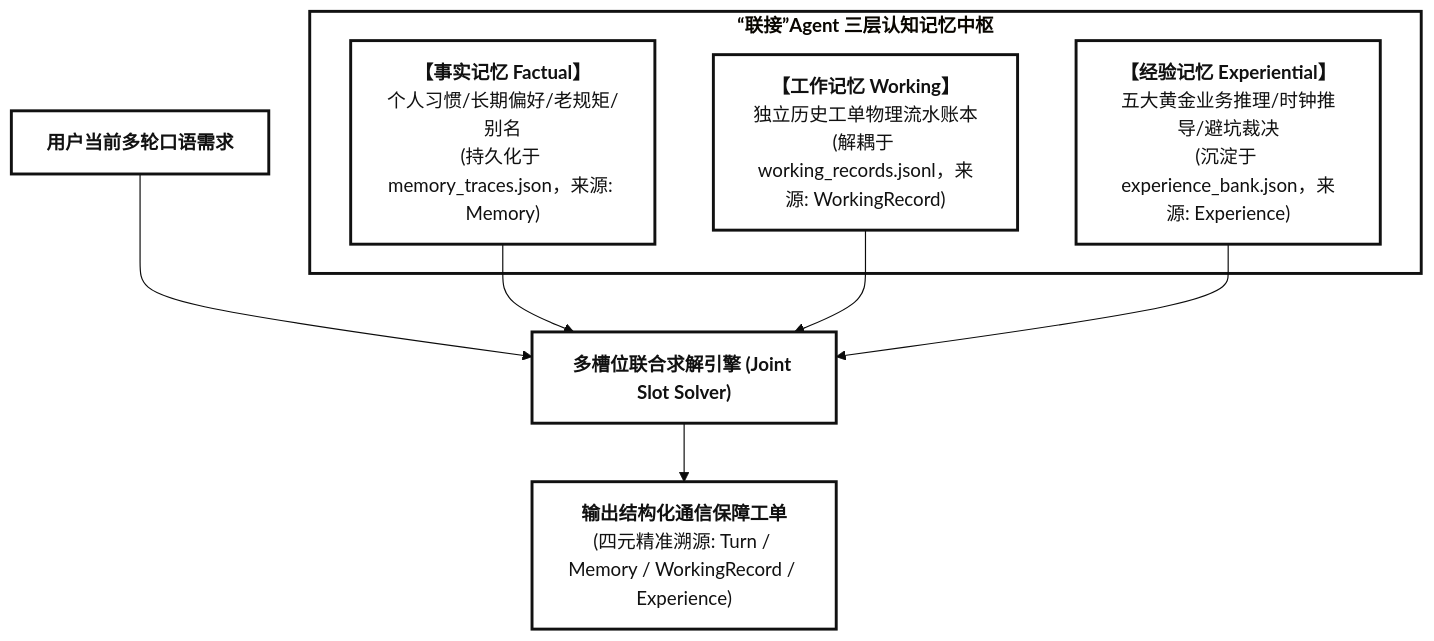
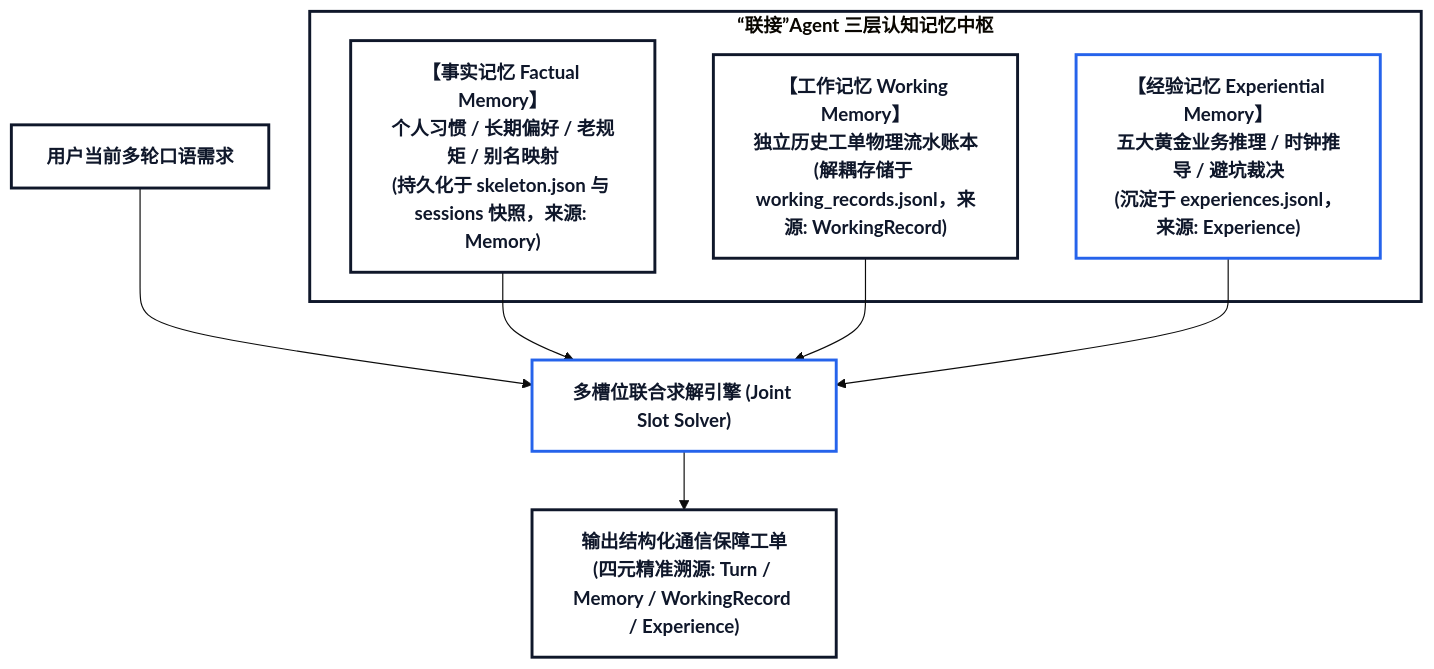
Before and after one commit to wangbanjin1/cross_data_gen: the first of 7 diagrams in docs/specs/cognitive_memory_dev_spec.md, drawn with Mermaid (base theme). The commit also changed other lines of this file and 17 other files, not shown here.

Commit message:
docs: reorganize 4-layer doc architecture, convert ASCII to Mermaid, and upgrade HTML visual renderer

````diff
--- a/docs/specs/cognitive_memory_dev_spec.md
+++ b/docs/specs/cognitive_memory_dev_spec.md
@@ -44,20 +46,21 @@
 ```mermaid
 graph TD
-    classDef default fill:#FFFFFF,stroke:#111111,stroke-width:2.5px,color:#111111;
+    classDef default fill:#FFFFFF,stroke:#0F172A,stroke-width:2.5px,color:#0F172A,font-weight:bold;
+    classDef highlight fill:#FFFFFF,stroke:#2563EB,stroke-width:2.5px,color:#0F172A,font-weight:bold;
 
     subgraph MemoryBrain ["<b>“联接”Agent 三层认知记忆中枢</b>"]
-        FM["<b>【事实记忆 Factual】</b><br/>个人习惯/长期偏好/老规矩/别名<br/>(持久化于 memory_traces.json，来源: Memory)"]
-        WM["<b>【工作记忆 Working】</b><br/>独立历史工单物理流水账本<br/>(解耦于 working_records.jsonl，来源: WorkingRecord)"]
-        EM["<b>【经验记忆 Experiential】</b><br/>五大黄金业务推理/时钟推导/避坑裁决<br/>(沉淀于 experience_bank.json，来源: Experience)"]
+        FM["<b>【事实记忆 Factual Memory】<br/>个人习惯 / 长期偏好 / 老规矩 / 别名映射<br/>(持久化于 skeleton.json 与 sessions 快照，来源: Memory)</b>"]
+        WM["<b>【工作记忆 Working Memory】<br/>独立历史工单物理流水账本<br/>(解耦存储于 working_records.jsonl，来源: WorkingRecord)</b>"]
+        EM["<b>【经验记忆 Experiential Memory】<br/>五大黄金业务推理 / 时钟推导 / 避坑裁决<br/>(沉淀于 experiences.jsonl，来源: Experience)</b>"]:::highlight
     end
 
-    UserPrompt["<b>用户当前多轮口语需求</b>"] --> Solver["<b>多槽位联合求解引擎 (Joint Slot Solver)</b>"]
+    UserPrompt["<b>用户当前多轮口语需求</b>"] --> Solver["<b>多槽位联合求解引擎 (Joint Slot Solver)</b>"]:::highlight
     
     FM --> Solver
     WM --> Solver
     EM --> Solver
     
-    Solver --> Output["<b>输出结构化通信保障工单</b><br/>(四元精准溯源: Turn / Memory / WorkingRecord / Experience)"]
+    Solver --> Output["<b>输出结构化通信保障工单<br/>(四元精准溯源: Turn / Memory / WorkingRecord / Experience)</b>"]
 
-    style MemoryBrain fill:#FFFFFF,stroke:#111111,stroke-width:2.5px;
+    style MemoryBrain fill:#FFFFFF,stroke:#0F172A,stroke-width:2.5px;
 ```
````
